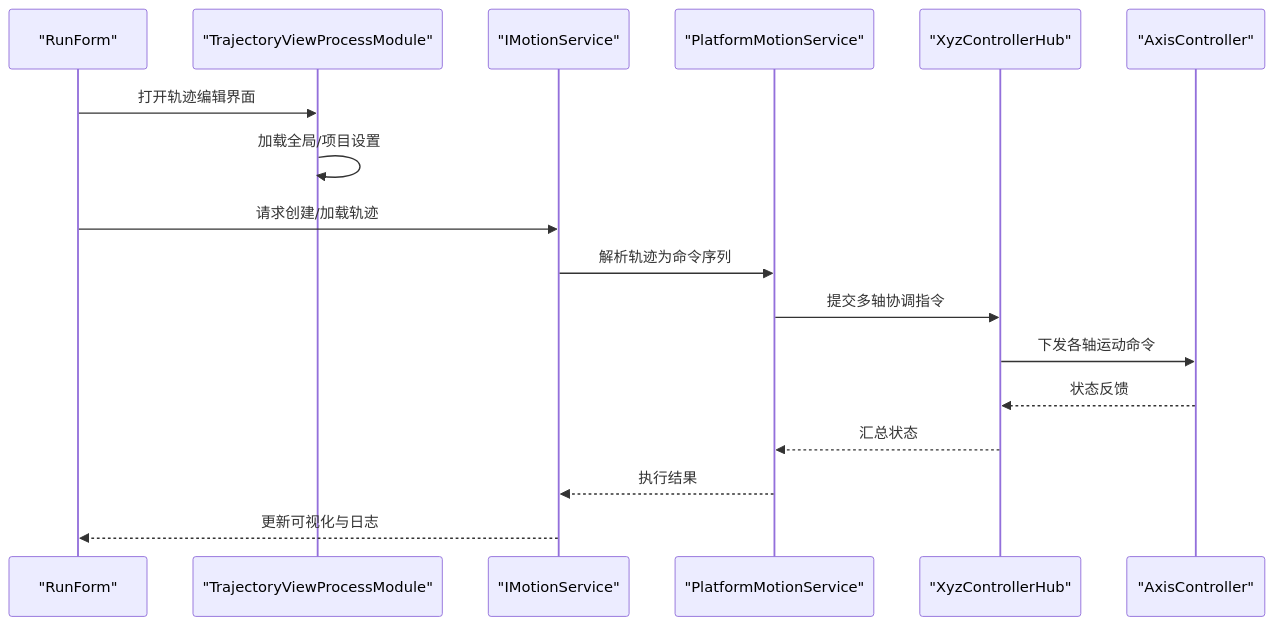
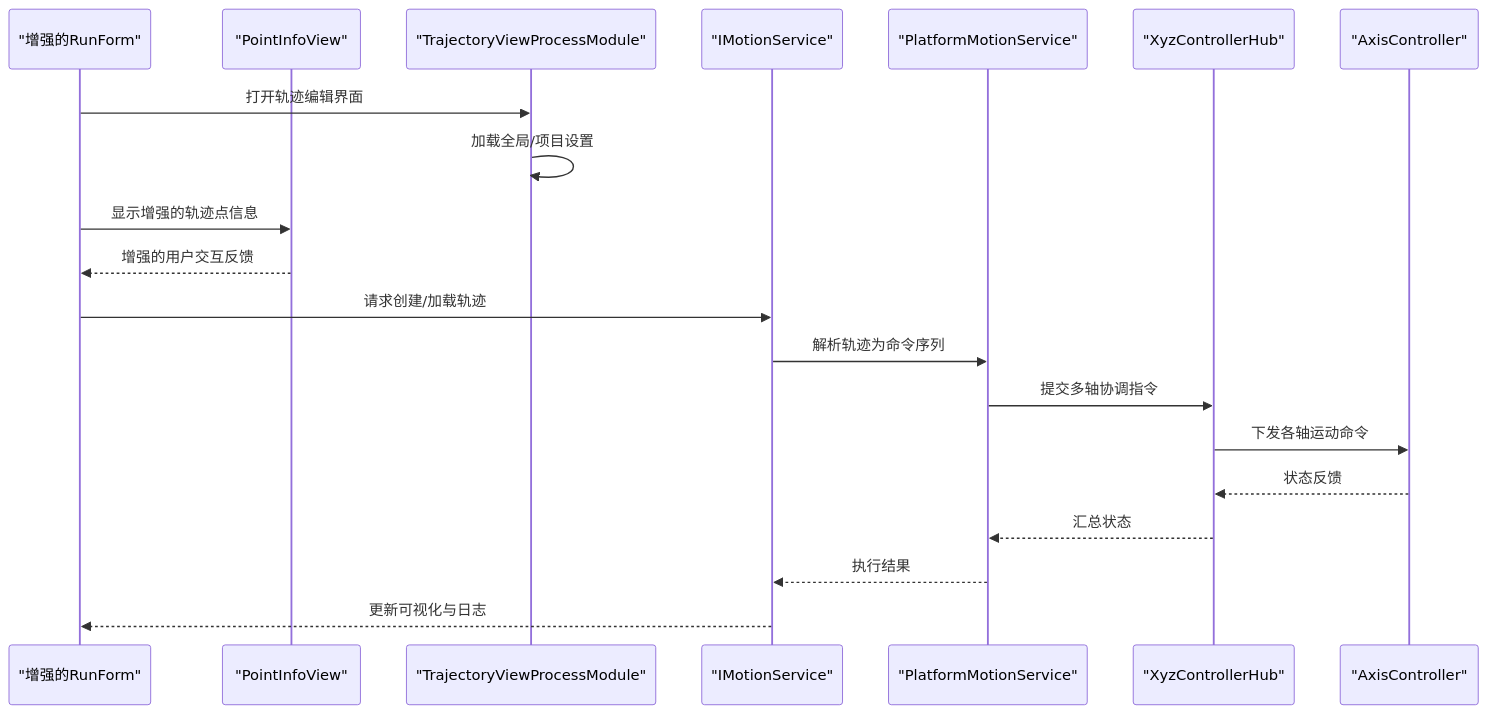
The second of 11 diagrams in .qoder/repowiki/zh/content/核心功能模块/轨迹规划模块 (Trajectory).md (fuweiq94-cloud/339918076), drawn with Mermaid before and after one commit. The commit also changed other lines of this file and 75 other files, not shown here.

````diff
--- a/.qoder/repowiki/zh/content/核心功能模块/轨迹规划模块 (Trajectory).md
+++ b/.qoder/repowiki/zh/content/核心功能模块/轨迹规划模块 (Trajectory).md
@@ -132,19 +144,22 @@
 ```mermaid
 sequenceDiagram
-participant UI as "RunForm"
+participant UI as "增强的RunForm"
+participant PV as "PointInfoView"
 participant Mod as "TrajectoryViewProcessModule"
 participant Svc as "IMotionService"
 participant Plat as "PlatformMotionService"
 participant Hub as "XyzControllerHub"
 participant Axis as "AxisController"
 UI->>Mod : 打开轨迹编辑界面
 Mod->>Mod : 加载全局/项目设置
+UI->>PV : 显示增强的轨迹点信息
+PV-->>UI : 增强的用户交互反馈
 UI->>Svc : 请求创建/加载轨迹
 Svc->>Plat : 解析轨迹为命令序列
 Plat->>Hub : 提交多轴协调指令
 Hub->>Axis : 下发各轴运动命令
 Axis-->>Hub : 状态反馈
 Hub-->>Plat : 汇总状态
 Plat-->>Svc : 执行结果
 Svc-->>UI : 更新可视化与日志
 ```
````
